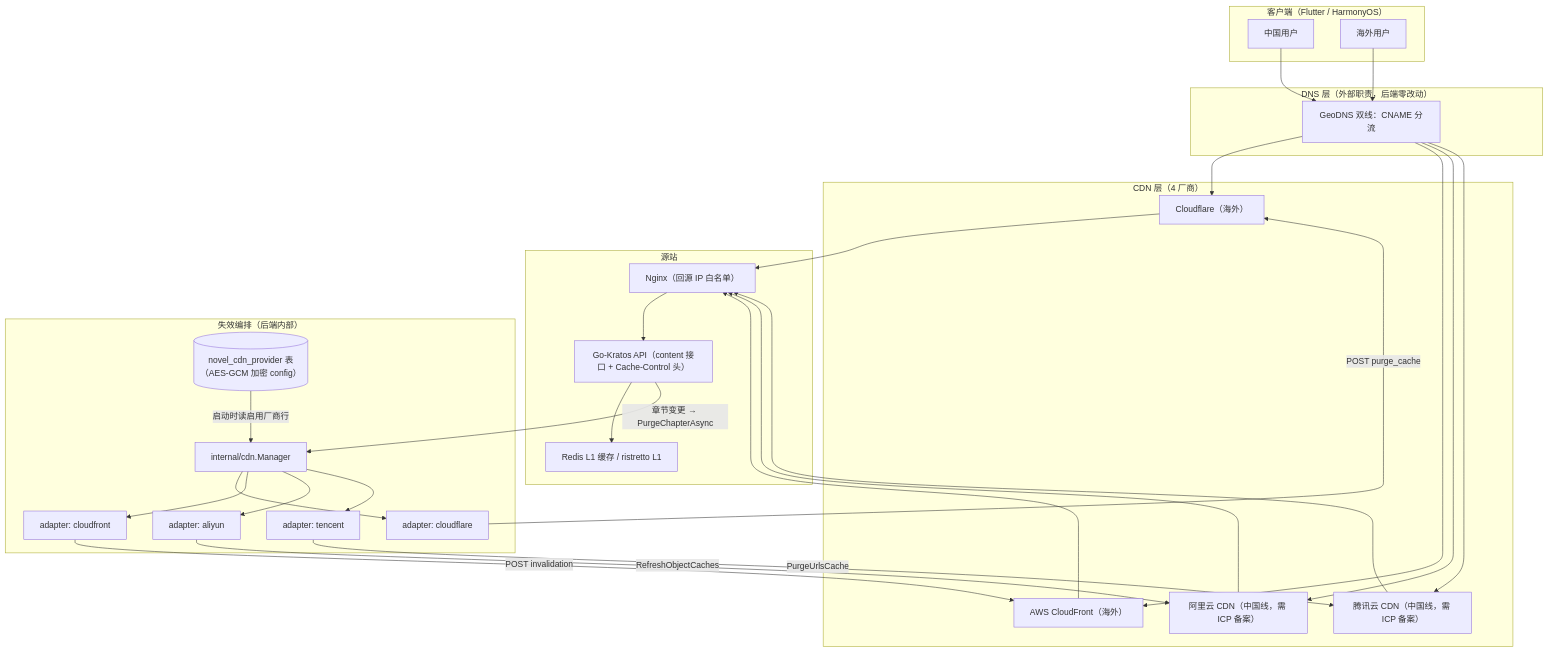
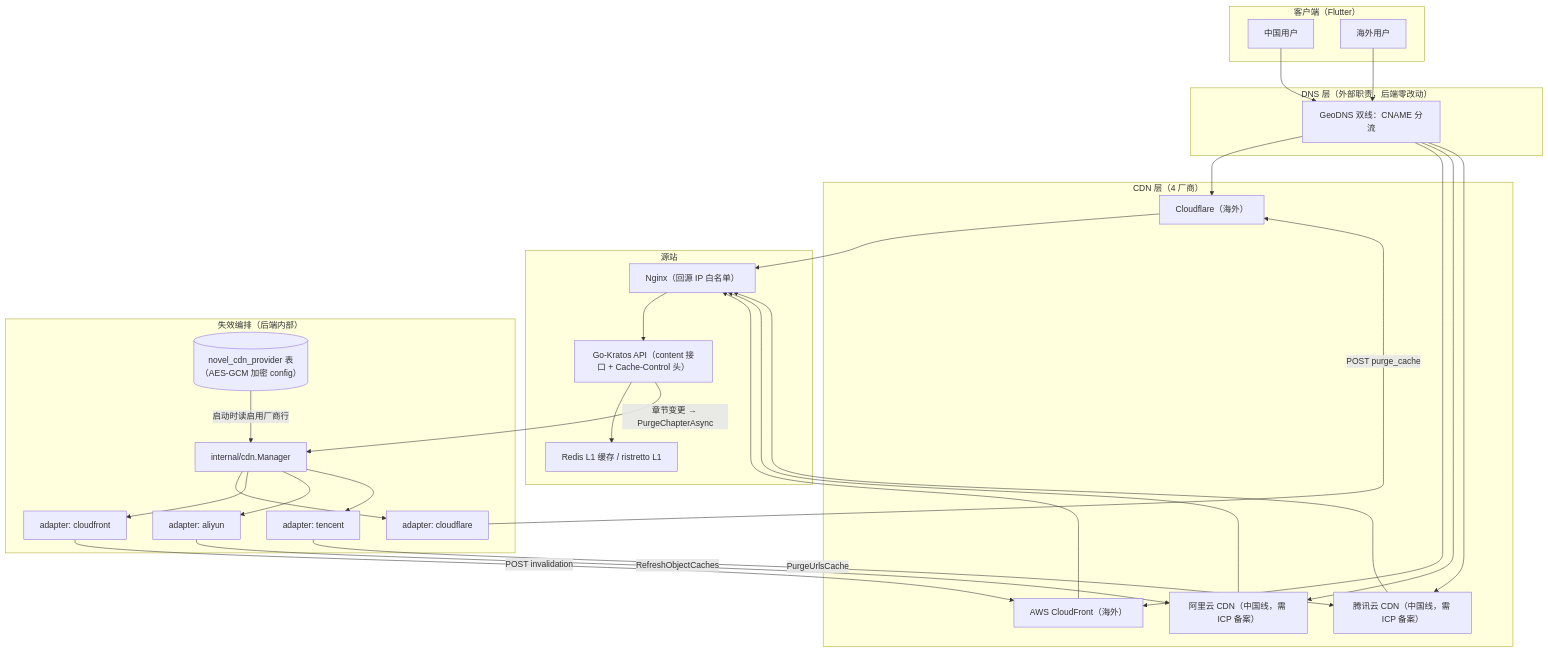
The diagram in docs/cdn-support.md (erikwang2013/open-novel), drawn with Mermaid before and after one commit. The commit also changed 48 other files, not shown here.

Commit message:
移除未发布的 HarmonyOS 客户端，仅保留 Flutter 客户端

````diff
--- a/docs/cdn-support.md
+++ b/docs/cdn-support.md
@@ -38,57 +38,57 @@
 ```mermaid
 flowchart TB
-    subgraph Clients["客户端（Flutter / HarmonyOS）"]
+    subgraph Clients["客户端（Flutter）"]
         CN["中国用户"]
         GLOBAL["海外用户"]
     end
 
     subgraph DNS["DNS 层（外部职责，后端零改动）"]
         GEO["GeoDNS 双线：CNAME 分流"]
     end
 
     subgraph CDN["CDN 层（4 厂商）"]
         CF["Cloudflare（海外）"]
         CFT["AWS CloudFront（海外）"]
         ALI["阿里云 CDN（中国线，需 ICP 备案）"]
         TENC["腾讯云 CDN（中国线，需 ICP 备案）"]
     end
 
     subgraph ORIGIN["源站"]
         NGX["Nginx（回源 IP 白名单）"]
         KRATOS["Go-Kratos API（content 接口 + Cache-Control 头）"]
         CACHE["Redis L1 缓存 / ristretto L1"]
     end
 
     subgraph PURGE["失效编排（后端内部）"]
         MGR["internal/cdn.Manager"]
         DBCFG[("novel_cdn_provider 表（AES-GCM 加密 config）")]
         A1["adapter: cloudflare"]
         A2["adapter: cloudfront"]
         A3["adapter: aliyun"]
         A4["adapter: tencent"]
     end
 
     CN --> GEO
     GLOBAL --> GEO
     GEO --> CF
     GEO --> CFT
     GEO --> ALI
     GEO --> TENC
     CF --> NGX
     CFT --> NGX
     ALI --> NGX
     TENC --> NGX
     NGX --> KRATOS
     KRATOS --> CACHE
 
     KRATOS -- "章节变更 → PurgeChapterAsync" --> MGR
     DBCFG -- "启动时读启用厂商行" --> MGR
     MGR --> A1
     MGR --> A2
     MGR --> A3
     MGR --> A4
     A1 -- "POST purge_cache" --> CF
     A2 -- "POST invalidation" --> CFT
     A3 -- "RefreshObjectCaches" --> ALI
     A4 -- "PurgeUrlsCache" --> TENC
 ```
````
